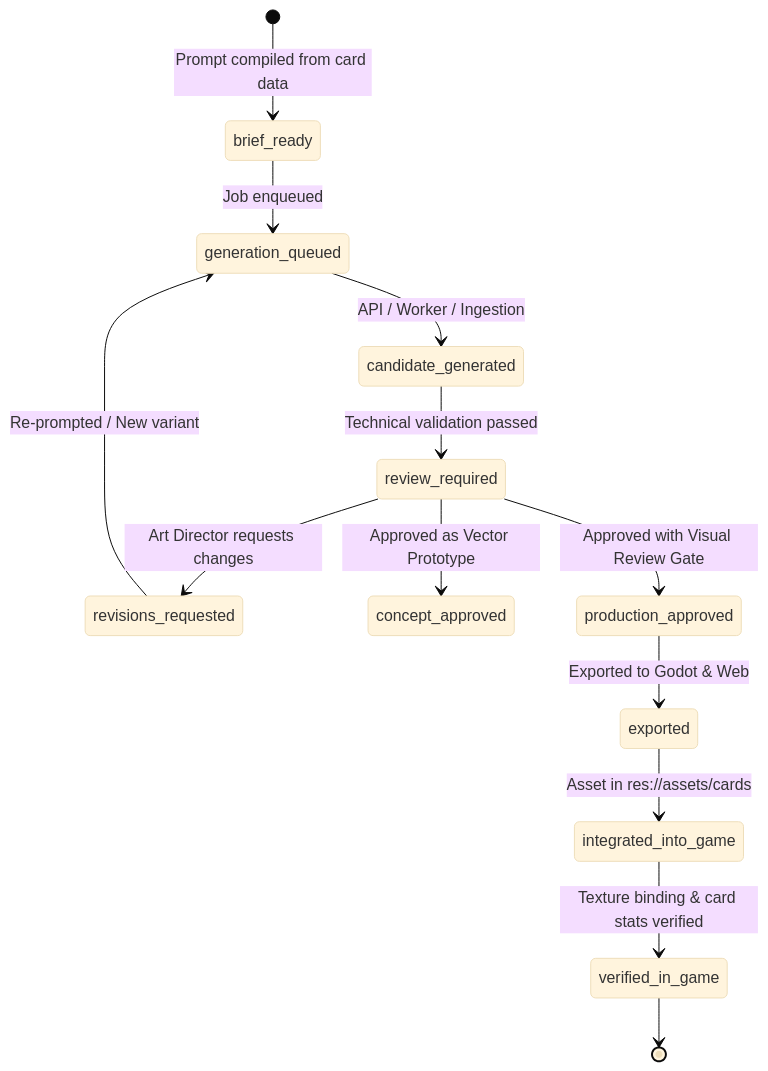
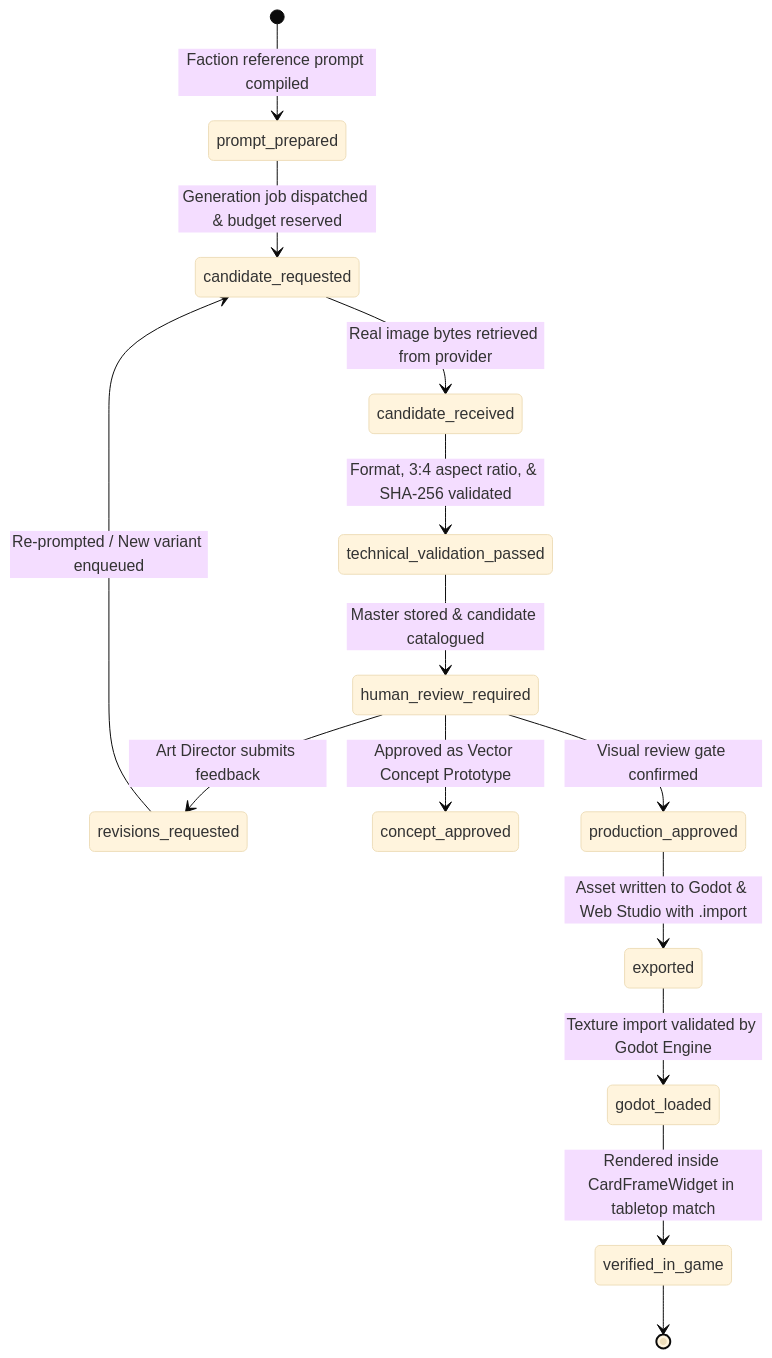
The diagram in content/art/ART_PRODUCTION_PIPELINE.md (FrostyTheDevv/hearthglass), drawn with Mermaid (base theme) before and after one commit. The commit also changed other lines of this file and 4 other files, not shown here.

Commit message:
fix(art): remove mock bytes from live adapters, implement async polling, budget accounting, and test isolation

````diff
--- a/content/art/ART_PRODUCTION_PIPELINE.md
+++ b/content/art/ART_PRODUCTION_PIPELINE.md
@@ -35,15 +40,16 @@
 ```mermaid
 stateDiagram-v2
-    [*] --> brief_ready: Prompt compiled from card data
-    brief_ready --> generation_queued: Job enqueued
-    generation_queued --> candidate_generated: API / Worker / Ingestion
-    candidate_generated --> review_required: Technical validation passed
-    review_required --> revisions_requested: Art Director requests changes
-    revisions_requested --> generation_queued: Re-prompted / New variant
-    review_required --> concept_approved: Approved as Vector Prototype
-    review_required --> production_approved: Approved with Visual Review Gate
-    production_approved --> exported: Exported to Godot & Web
-    exported --> integrated_into_game: Asset in res://assets/cards
-    integrated_into_game --> verified_in_game: Texture binding & card stats verified
+    [*] --> prompt_prepared: Faction reference prompt compiled
+    prompt_prepared --> candidate_requested: Generation job dispatched & budget reserved
+    candidate_requested --> candidate_received: Real image bytes retrieved from provider
+    candidate_received --> technical_validation_passed: Format, 3:4 aspect ratio, & SHA-256 validated
+    technical_validation_passed --> human_review_required: Master stored & candidate catalogued
+    human_review_required --> revisions_requested: Art Director submits feedback
+    revisions_requested --> candidate_requested: Re-prompted / New variant enqueued
+    human_review_required --> concept_approved: Approved as Vector Concept Prototype
+    human_review_required --> production_approved: Visual review gate confirmed
+    production_approved --> exported: Asset written to Godot & Web Studio with .import
+    exported --> godot_loaded: Texture import validated by Godot Engine
+    godot_loaded --> verified_in_game: Rendered inside CardFrameWidget in tabletop match
     verified_in_game --> [*]
 ```
````
